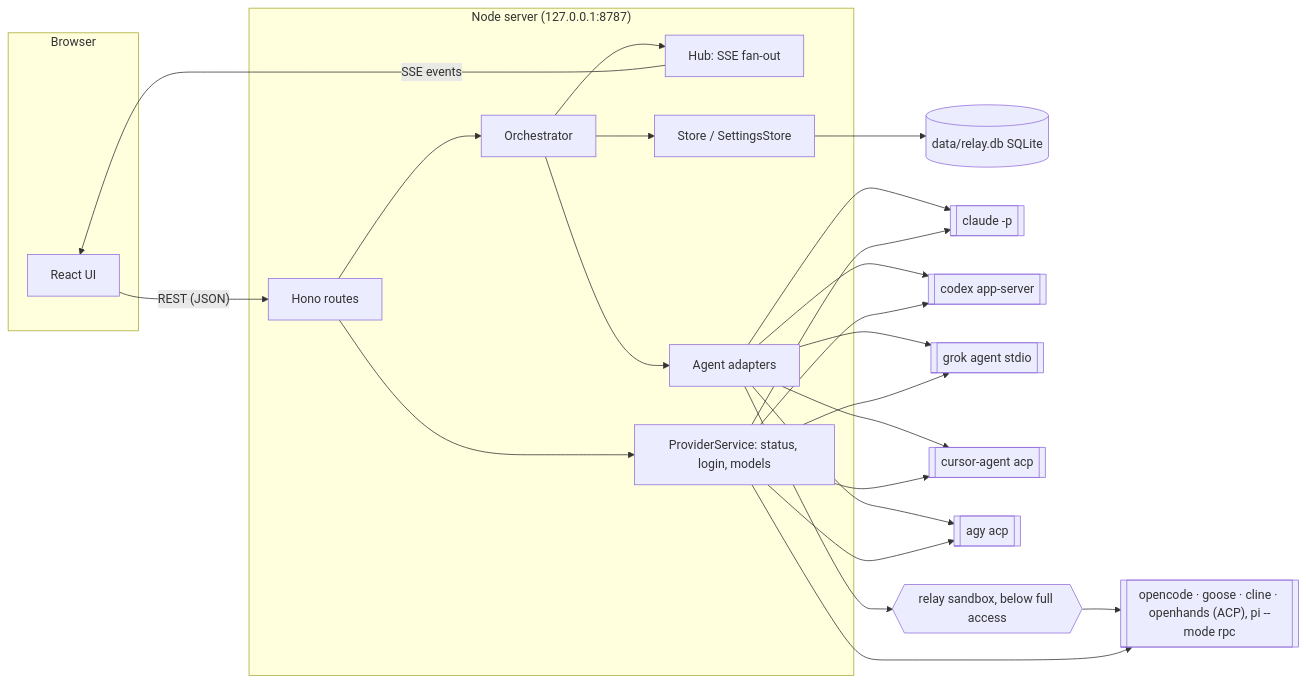
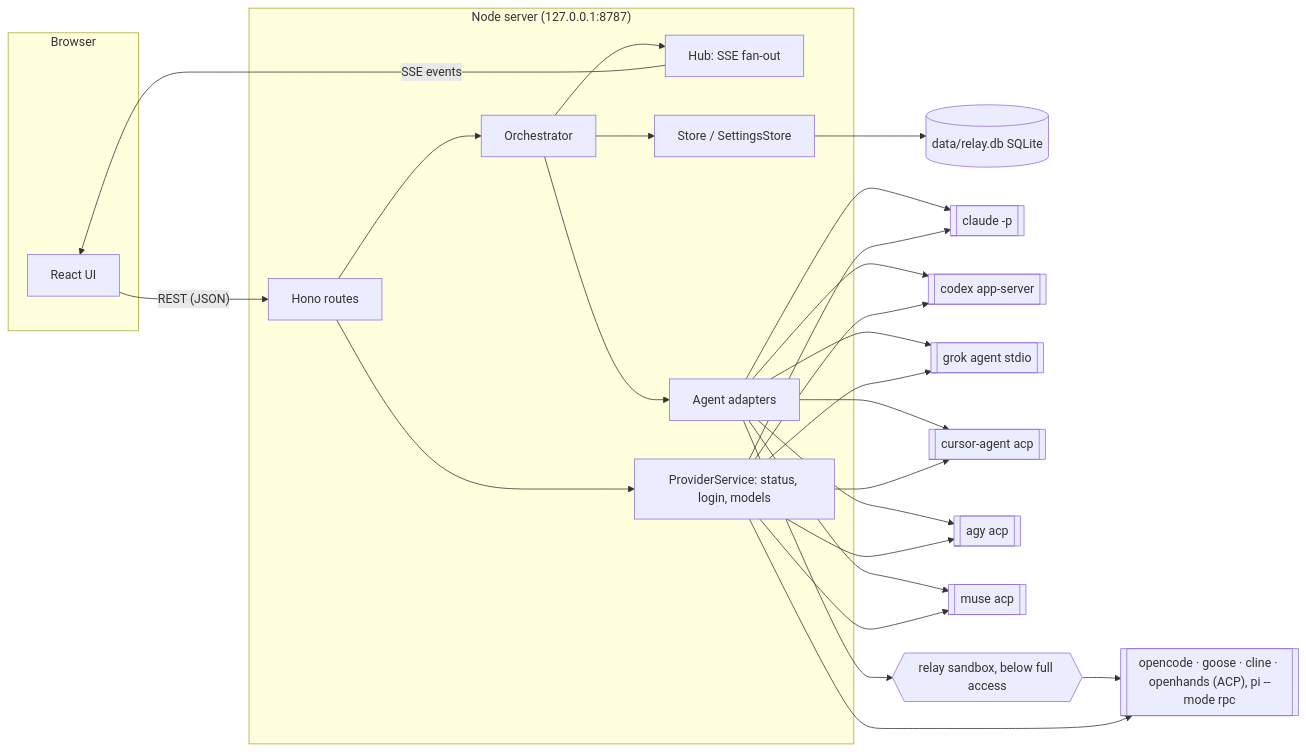
The first of 2 diagrams in docs/architecture.md (Agentic-System-Lab/harness-relay), drawn with Mermaid before and after one commit. The commit also changed other lines of this file and 102 other files, not shown here.

````diff
--- a/docs/architecture.md
+++ b/docs/architecture.md
@@ -12,34 +12,35 @@
 ```mermaid
 flowchart LR
   subgraph Browser
     UI[React UI]
   end
   subgraph Server["Node server (127.0.0.1:8787)"]
     API[Hono routes]
     ORCH[Orchestrator]
     HUB[Hub: SSE fan-out]
     STORE[Store / SettingsStore]
     PROV[ProviderService: status, login, models]
     RUN[Agent adapters]
   end
   DB[(data/relay.db SQLite)]
   CLAUDE[[claude -p]]
   CODEX[[codex app-server]]
   GROK[[grok agent stdio]]
   CURSOR[[cursor-agent acp]]
   AGY[[agy acp]]
+  MUSE[[muse acp]]
   SBX{{relay sandbox, below full access}}
   OPEN[["opencode · goose · cline · openhands (ACP), pi --mode rpc"]]
 
   UI -- REST (JSON) --> API
   HUB -- SSE events --> UI
   API --> ORCH
   API --> PROV
   ORCH --> RUN
   ORCH --> HUB
   ORCH --> STORE
   STORE --> DB
-  RUN --> CLAUDE & CODEX & GROK & CURSOR & AGY
+  RUN --> CLAUDE & CODEX & GROK & CURSOR & AGY & MUSE
   RUN --> SBX --> OPEN
-  PROV --> CLAUDE & CODEX & GROK & CURSOR & AGY & OPEN
+  PROV --> CLAUDE & CODEX & GROK & CURSOR & AGY & MUSE & OPEN
 ```
````
